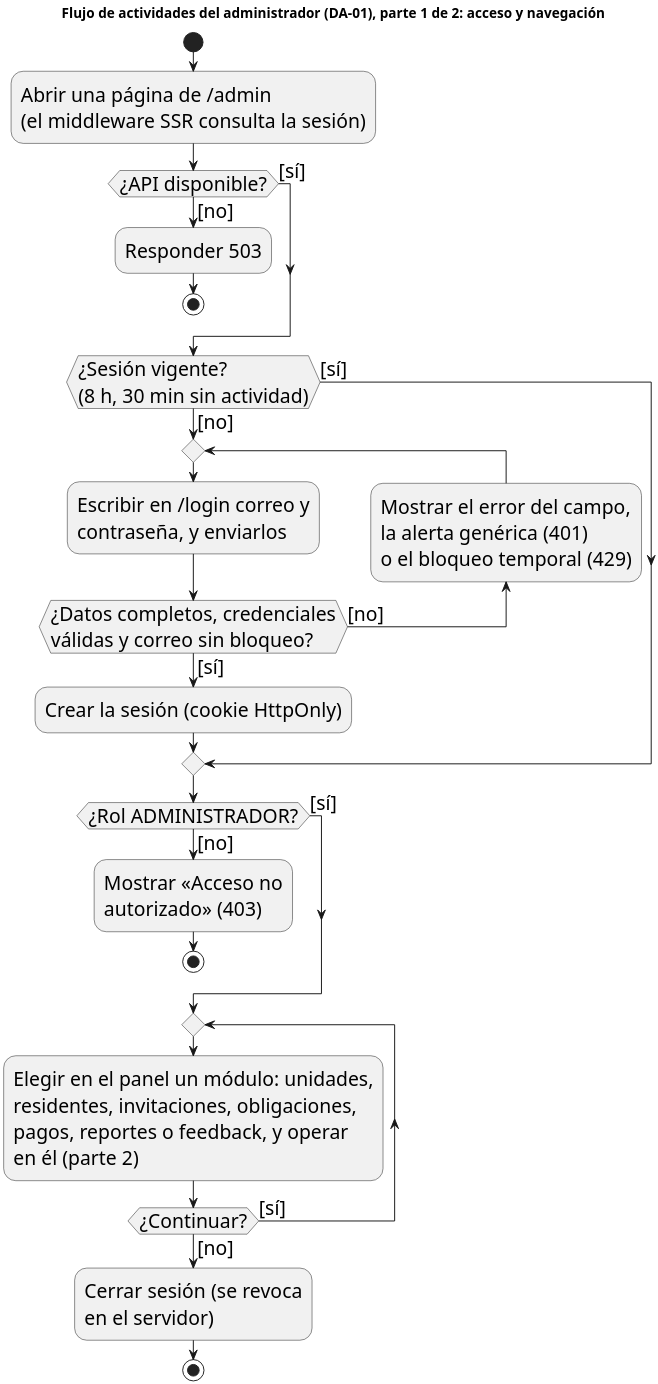
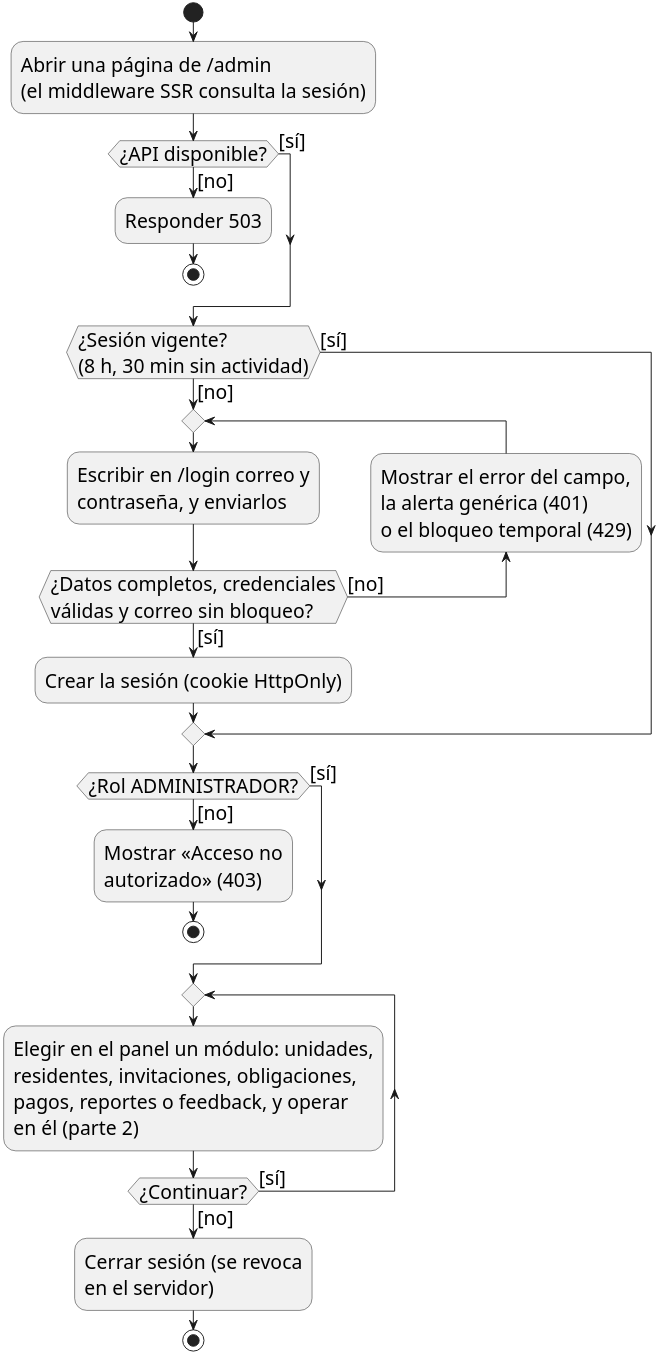
Before and after one commit to yilberDev/SoftPh-Academico: the diagram in docs/entrega-objetivos/actividades/actividades-administrador-parte1.puml, drawn with PlantUML. The commit also changed 69 other files, not shown here.

First line of the commit message:
docs(diagrams): drop titles and clear crossed labels

```diff
--- a/docs/entrega-objetivos/actividades/actividades-administrador-parte1.puml
+++ b/docs/entrega-objetivos/actividades/actividades-administrador-parte1.puml
@@ -1,47 +1,47 @@
 @startuml
 ' Diagrama de actividades UML del administrador, parte 1 de 2 (Figura 7, DA-01): acceso y
 ' navegación por el panel. La parte 2 detalla la operación de cada módulo.
 ' Flujo tomado del código de la versión v1.1-academico:
 '   frontend/src/middleware.ts y lib/auth/page-access.ts  decisión de acceso de cada página
 '       (503 sin API · redirección a /login sin sesión · 403 con otro rol · página permitida)
 '   lib/auth/roles.ts                                       /admin solo para ADMINISTRADOR; su inicio es /admin
 '   pages/login.astro y lib/auth/login-form.ts             error junto al campo · alerta genérica (401) ·
 '                                                           bloqueo temporal (429) · sesión creada
 '   backend/app/services/auth.py y sessions.py              sesión de 8 h y 30 min de inactividad; logout
 ' El inicio de sesión es un bucle: cualquiera de sus tres rechazos (dato inválido, 401, 429) vuelve a
 ' pedir los datos. Cada decisión tiene sus dos guardas [sí] / [no].
 skinparam dpi 300
 skinparam monochrome true
 skinparam backgroundColor white
 skinparam shadowing false
 skinparam defaultFontName Helvetica
 skinparam defaultFontSize 20
 
-title Flujo de actividades del administrador (DA-01), parte 1 de 2: acceso y navegación
+' Título (no se dibuja; lo pone el pie de figura del informe): Flujo de actividades del administrador (DA-01), parte 1 de 2: acceso y navegación
 
 start
 :Abrir una página de /admin\n(el middleware SSR consulta la sesión);
 if (¿API disponible?) then ([no])
   :Responder 503;
   stop
 else ([sí])
 endif
 if (¿Sesión vigente?\n(8 h, 30 min sin actividad)) then ([no])
   repeat
     :Escribir en /login correo y\ncontraseña, y enviarlos;
   backward:Mostrar el error del campo,\nla alerta genérica (401)\no el bloqueo temporal (429);
   repeat while (¿Datos completos, credenciales\nválidas y correo sin bloqueo?) is ([no]) not ([sí])
   :Crear la sesión (cookie HttpOnly);
 else ([sí])
 endif
 if (¿Rol ADMINISTRADOR?) then ([no])
   :Mostrar «Acceso no\nautorizado» (403);
   stop
 else ([sí])
 endif
 repeat
   :Elegir en el panel un módulo: unidades,\nresidentes, invitaciones, obligaciones,\npagos, reportes o feedback, y operar\nen él (parte 2);
 repeat while (¿Continuar?) is ([sí]) not ([no])
 :Cerrar sesión (se revoca\nen el servidor);
 stop
 @enduml
```
